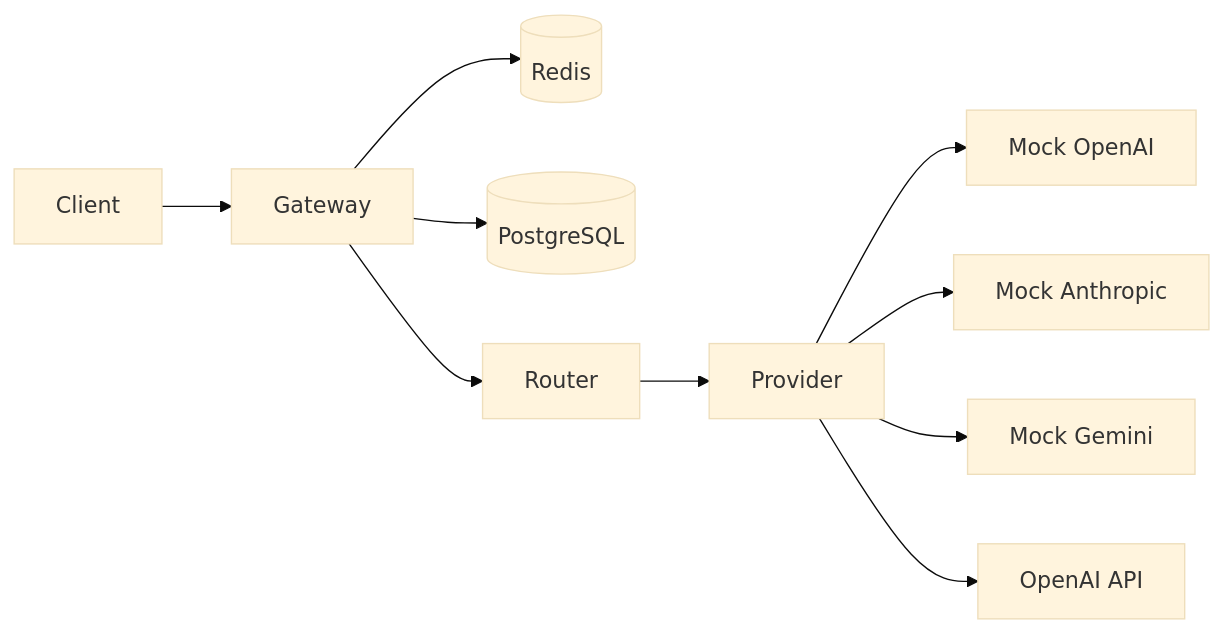
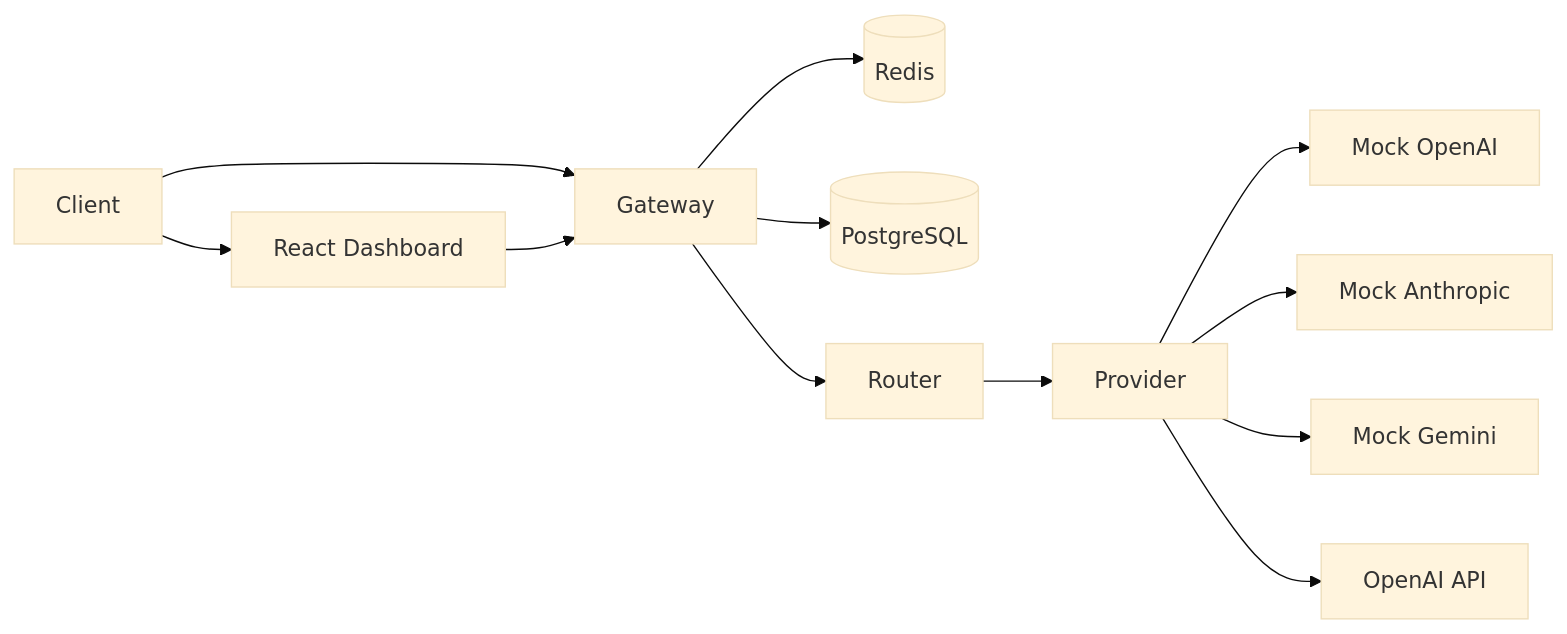
Before and after one commit to ErenKarakus1/Distributed-LLM-Gateway: the first of 3 diagrams in README.md, drawn with Mermaid (base theme). The commit also changed other lines of this file and 15 other files, not shown here.

Commit message:
feat(frontend): add React dashboard

````diff
--- a/README.md
+++ b/README.md
@@ -14,15 +15,17 @@
 ```mermaid
 flowchart LR
+    Client --> Frontend[React Dashboard]
     Client --> Gateway
+    Frontend --> Gateway
 
     Gateway --> Redis[(Redis)]
     Gateway --> Postgres[(PostgreSQL)]
     Gateway --> Router
 
     Router --> Provider
 
     Provider --> MockOpenAI[Mock OpenAI]
     Provider --> MockAnthropic[Mock Anthropic]
     Provider --> MockGemini[Mock Gemini]
     Provider --> OpenAI[OpenAI API]
 ```
````
